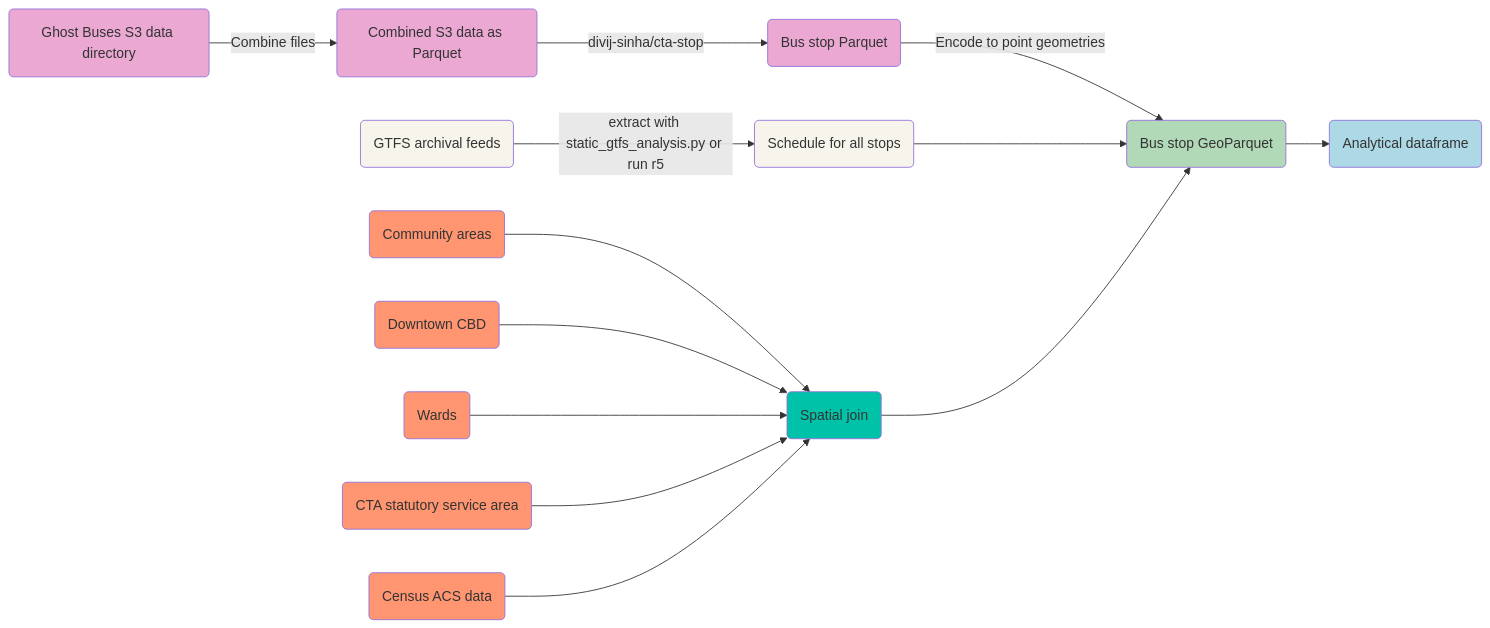
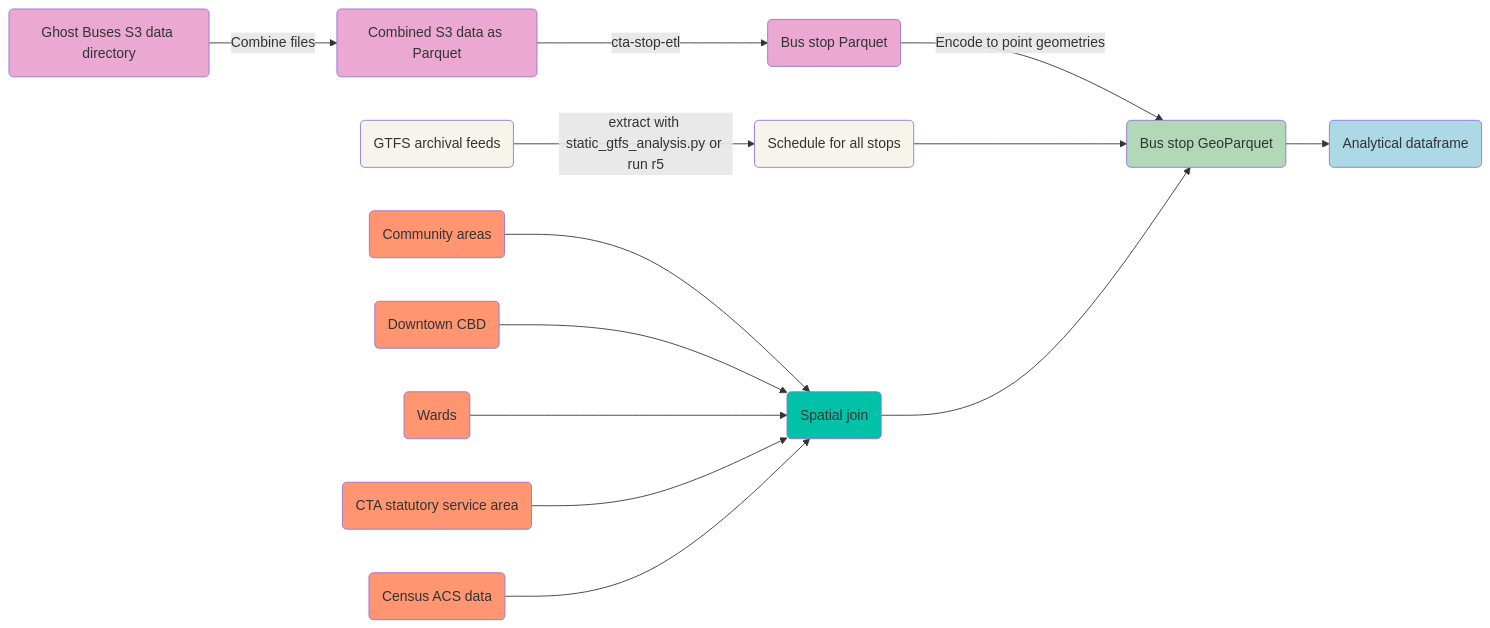
The diagram in README.md (mansueto-institute/cta-stop-watch), drawn with Mermaid before and after one commit. The commit also changed other lines of this file and 6 other files, not shown here.

````diff
--- a/README.md
+++ b/README.md
@@ -53,40 +59,40 @@
 ```mermaid
 graph LR
 A(Ghost Buses S3 data directory)
 B(Combined S3 data as Parquet)
 A -- Combine files --> B
 C(Bus stop Parquet)
-B -- divij-sinha/cta-stop --> C
+B -- cta-stop-etl --> C
 C -- Encode to point geometries --> D(Bus stop GeoParquet)
 J(GTFS archival feeds)
 K(Schedule for all stops)
 J -- extract with static_gtfs_analysis.py or run r5 --> K
 K --> D 
 R(Community areas)
 S(Downtown CBD)
 T(Wards)
 U(CTA statutory service area)
 V(Census ACS data)
 W(Spatial join)
 R --> W
 S --> W
 T --> W
 U --> W
 V --> W
 W --> D
 D --> Z
 Z(Analytical dataframe)
 style A fill:#eba8d3
 style B fill:#eba8d3
 style C fill:#eba8d3
 style J fill:#f7f5eb
 style K fill:#f7f5eb
 style Z fill:#ADD8E6
 style D fill:#b1d8b7
 style R fill:#FF9671
 style S fill:#FF9671
 style T fill:#FF9671
 style U fill:#FF9671
 style V fill:#FF9671
 style W fill:#00C2A8
 ```
````
